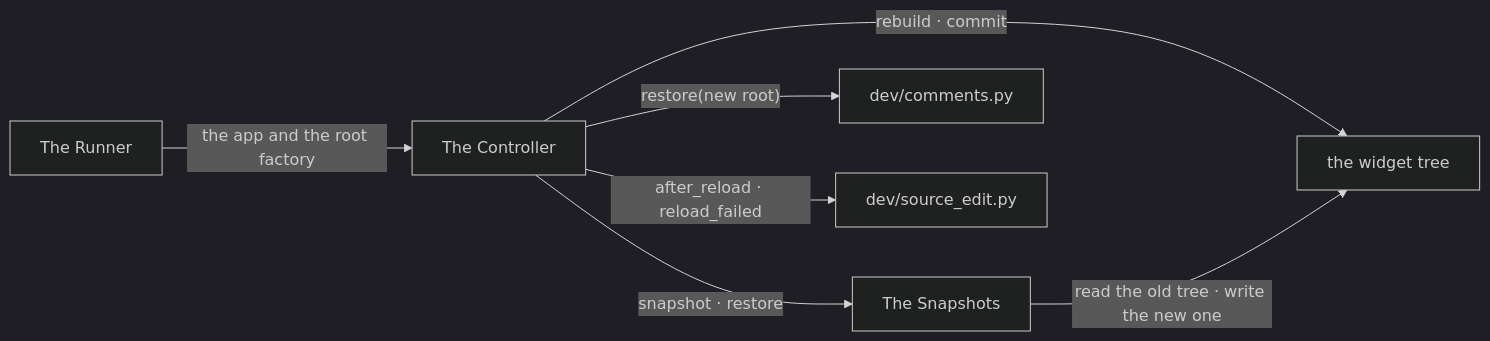
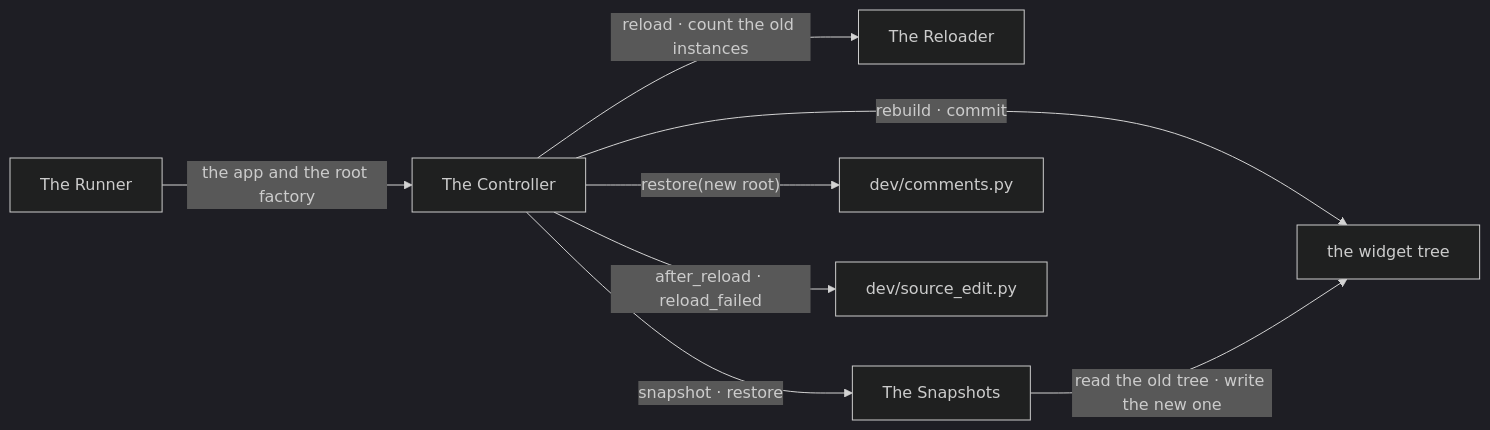
Before and after one commit to yuksblog/nuiitivet: the first of 9 diagrams in docs/design/HOT_RELOAD.md, drawn with Mermaid (dark theme). The commit also changed other lines of this file and 17 other files, not shown here.

````diff
--- a/docs/design/HOT_RELOAD.md
+++ b/docs/design/HOT_RELOAD.md
@@ -16,16 +17,18 @@
 ```mermaid
 flowchart LR
     runner[The Runner]
     controller[The Controller]
+    reloader[The Reloader]
     snapshots[The Snapshots]
     tree[the widget tree]
     comments[dev/comments.py]
     edits[dev/source_edit.py]
 
     runner -- "the app and the root factory" --> controller
+    controller -- "reload · count the old instances" --> reloader
     controller -- "snapshot · restore" --> snapshots
     controller -- "rebuild · commit" --> tree
     snapshots -- "read the old tree · write the new one" --> tree
     controller -- "restore(new root)" --> comments
     controller -- "after_reload · reload_failed" --> edits
 ```
````
